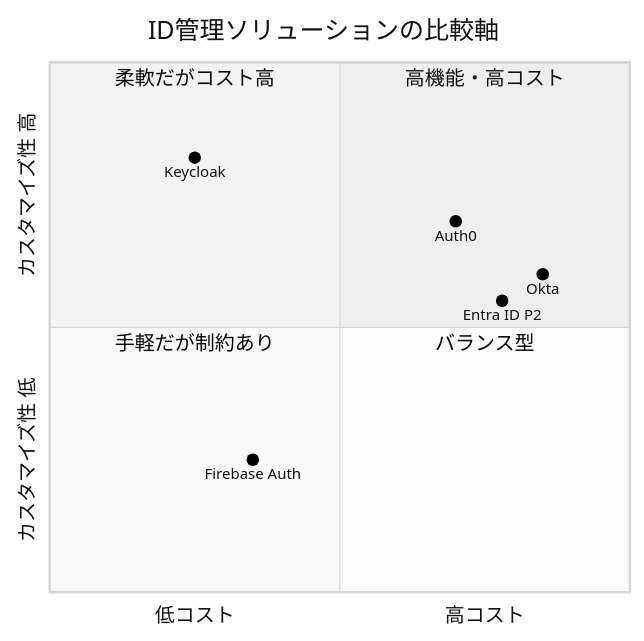
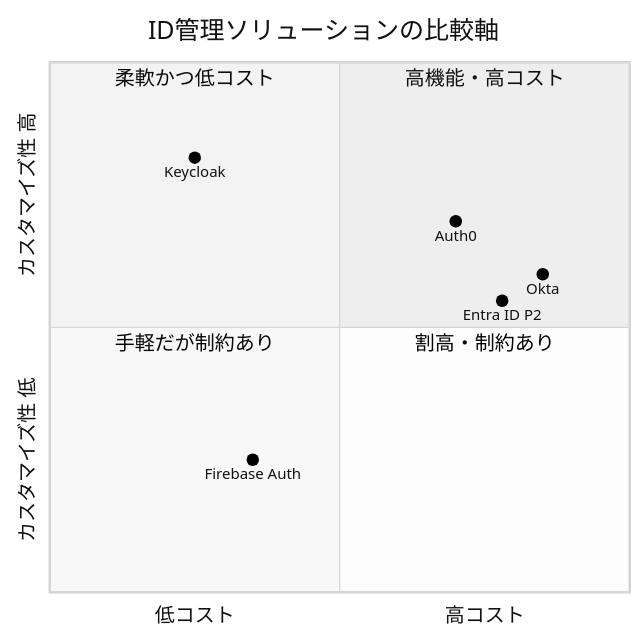
The eighth of 22 diagrams in docs/id-management-overview.md (iwamoto-keigo/id_manage), drawn with Mermaid (neutral theme) before and after one commit. The commit also changed 1 other file, not shown here.

Commit message:
ドキュメント修正

````diff
--- a/docs/id-management-overview.md
+++ b/docs/id-management-overview.md
@@ -291,15 +291,15 @@
 ```mermaid
 quadrantChart
     title ID管理ソリューションの比較軸
     x-axis "低コスト" --> "高コスト"
     y-axis "カスタマイズ性 低" --> "カスタマイズ性 高"
     quadrant-1 "高機能・高コスト"
-    quadrant-2 "柔軟だがコスト高"
+    quadrant-2 "柔軟かつ低コスト"
     quadrant-3 "手軽だが制約あり"
-    quadrant-4 "バランス型"
+    quadrant-4 "割高・制約あり"
     Keycloak: [0.25, 0.82]
     Entra ID P2: [0.78, 0.55]
     Okta: [0.85, 0.60]
     Auth0: [0.70, 0.70]
     Firebase Auth: [0.35, 0.25]
 ```
````
